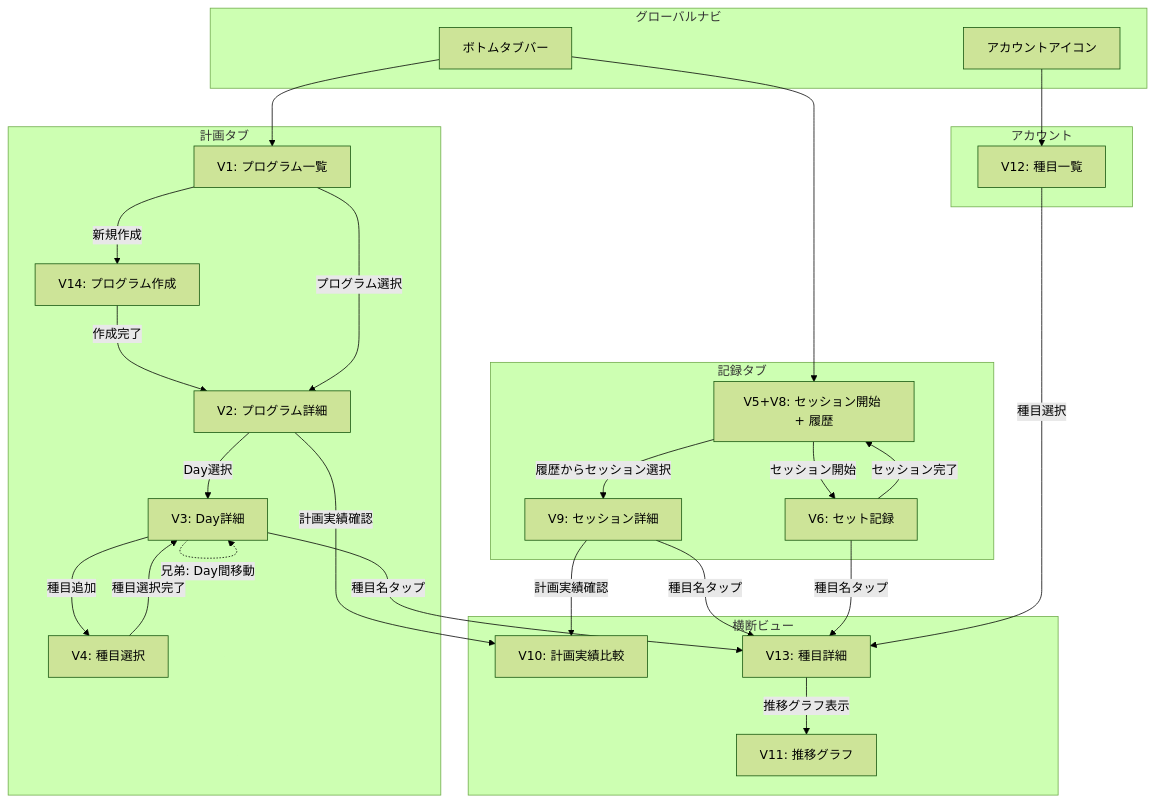
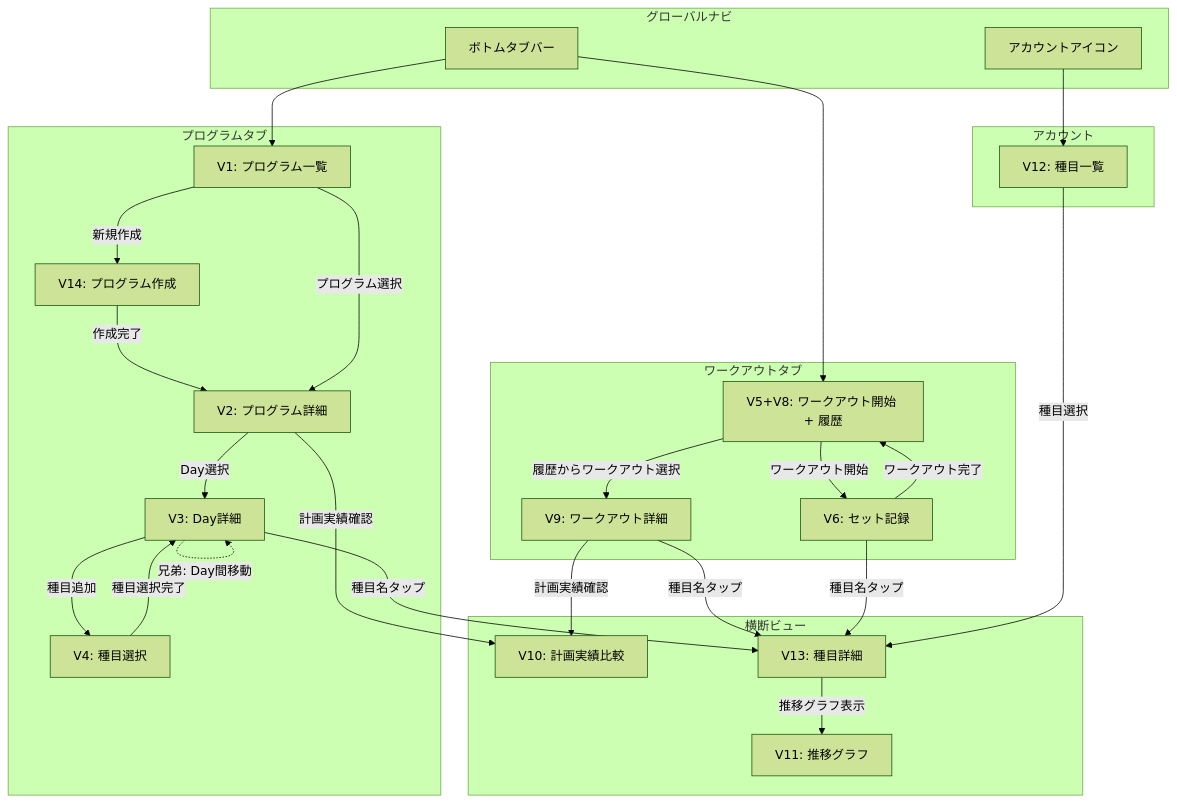
Before and after one commit to gn-t-k/next-lift: the second of 3 diagrams in docs/project/ui-design.md, drawn with Mermaid (forest theme). The commit also changed other lines of this file, not shown here.

````diff
--- a/docs/project/ui-design.md
+++ b/docs/project/ui-design.md
@@ -848,58 +850,58 @@
 ```mermaid
 flowchart TD
     subgraph グローバルナビ
         TAB[ボトムタブバー]
         ACC[アカウントアイコン]
     end
 
-    subgraph 計画タブ
+    subgraph プログラムタブ
         V1[V1: プログラム一覧]
         V14[V14: プログラム作成]
         V2[V2: プログラム詳細]
         V3[V3: Day詳細]
         V4[V4: 種目選択]
     end
 
-    subgraph 記録タブ
-        V5_V8[V5+V8: セッション開始 + 履歴]
+    subgraph ワークアウトタブ
+        V5_V8[V5+V8: ワークアウト開始 + 履歴]
         V6[V6: セット記録]
-        V9[V9: セッション詳細]
+        V9[V9: ワークアウト詳細]
     end
 
     subgraph アカウント
         V12[V12: 種目一覧]
     end
 
     subgraph 横断ビュー
         V10[V10: 計画実績比較]
         V11[V11: 推移グラフ]
         V13[V13: 種目詳細]
     end
 
     TAB --> V1
     TAB --> V5_V8
     ACC --> V12
 
     V1 -->|新規作成| V14
     V14 -->|作成完了| V2
     V1 -->|プログラム選択| V2
     V2 -->|Day選択| V3
     V3 -->|種目追加| V4
     V4 -->|種目選択完了| V3
 
-    V5_V8 -->|セッション開始| V6
-    V6 -->|セッション完了| V5_V8
-    V5_V8 -->|履歴からセッション選択| V9
+    V5_V8 -->|ワークアウト開始| V6
+    V6 -->|ワークアウト完了| V5_V8
+    V5_V8 -->|履歴からワークアウト選択| V9
 
     V2 -->|計画実績確認| V10
     V9 -->|計画実績確認| V10
 
     V3 -->|種目名タップ| V13
     V9 -->|種目名タップ| V13
     V6 -->|種目名タップ| V13
     V12 -->|種目選択| V13
 
     V13 -->|推移グラフ表示| V11
 
     V3 -.->|兄弟: Day間移動| V3
 ```
````
